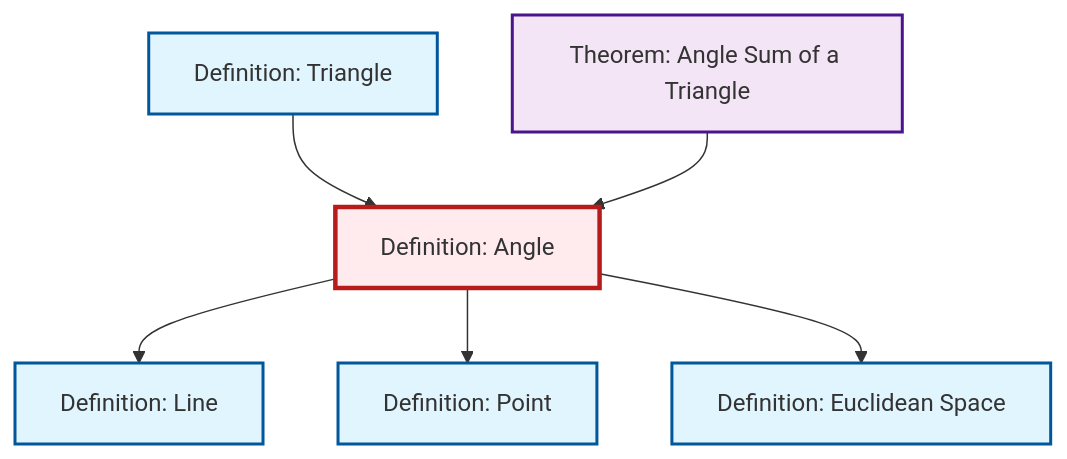
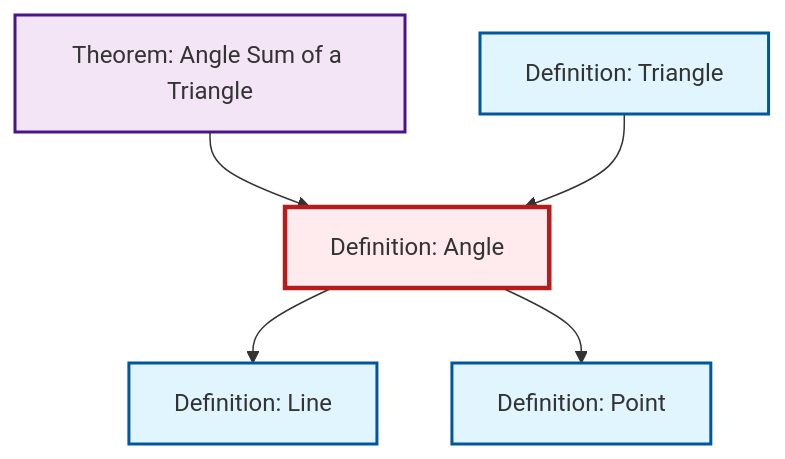
Before and after one commit to RK0429/ModernMath: the diagram in content/en/geometry/def-angle.qmd, drawn with Mermaid. The commit also changed 511 other files, not shown here.

````diff
--- a/content/en/geometry/def-angle.qmd
+++ b/content/en/geometry/def-angle.qmd
@@ -49,27 +49,19 @@
 ```{mermaid}
 %%| fig-cap: "Local dependency graph"
 graph TD
     classDef definition fill:#e1f5fe,stroke:#01579b,stroke-width:2px
     classDef theorem fill:#f3e5f5,stroke:#4a148c,stroke-width:2px
     classDef axiom fill:#fff3e0,stroke:#e65100,stroke-width:2px
     classDef example fill:#e8f5e9,stroke:#1b5e20,stroke-width:2px
     classDef current fill:#ffebee,stroke:#b71c1c,stroke-width:3px
+    def-angle["Definition: Angle"]:::definition
     thm-angle-sum-triangle["Theorem: Angle Sum of a Triangle"]:::theorem
-    def-triangle["Definition: Triangle"]:::definition
-    def-angle["Definition: Angle"]:::definition
-    def-euclidean-space["Definition: Euclidean Space"]:::definition
     def-point["Definition: Point"]:::definition
     def-line["Definition: Line"]:::definition
+    def-triangle["Definition: Triangle"]:::definition
+    thm-angle-sum-triangle --> def-angle
+    def-triangle --> def-angle
     def-angle --> def-line
-    def-triangle --> def-angle
     def-angle --> def-point
-    def-angle --> def-euclidean-space
-    thm-angle-sum-triangle --> def-angle
     class def-angle current
-
-    click thm-angle-sum-triangle "thm-angle-sum-triangle.html" "Go to Angle Sum of a Triangle theorem"
-    click def-triangle "def-triangle.html" "Go to Triangle definition"
-    click def-euclidean-space "def-euclidean-space.html" "Go to Euclidean Space definition"
-    click def-point "def-point.html" "Go to Point definition"
-    click def-line "def-line.html" "Go to Line definition"
 ```
````
